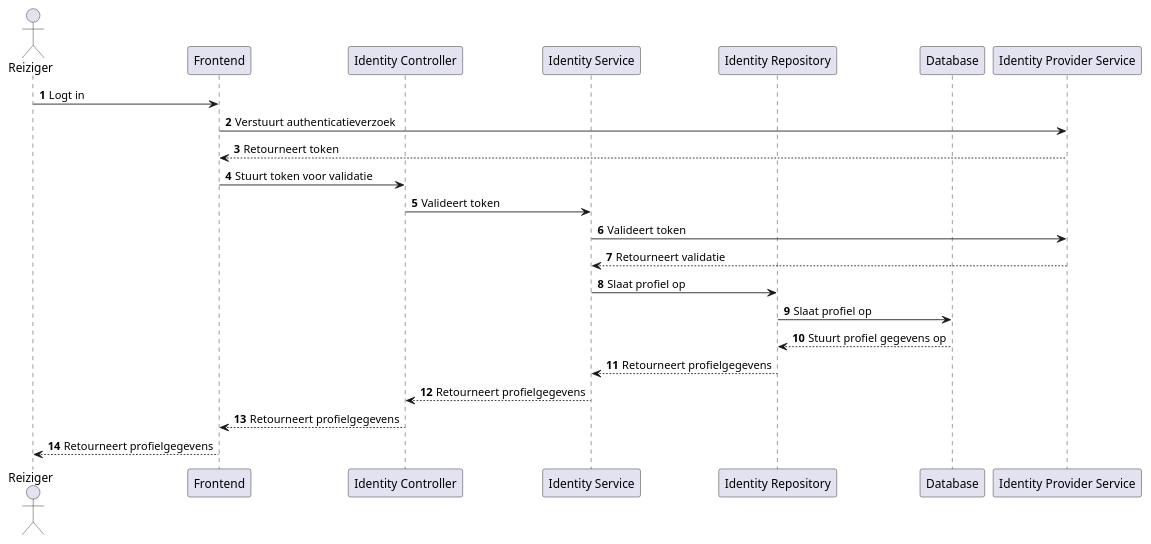
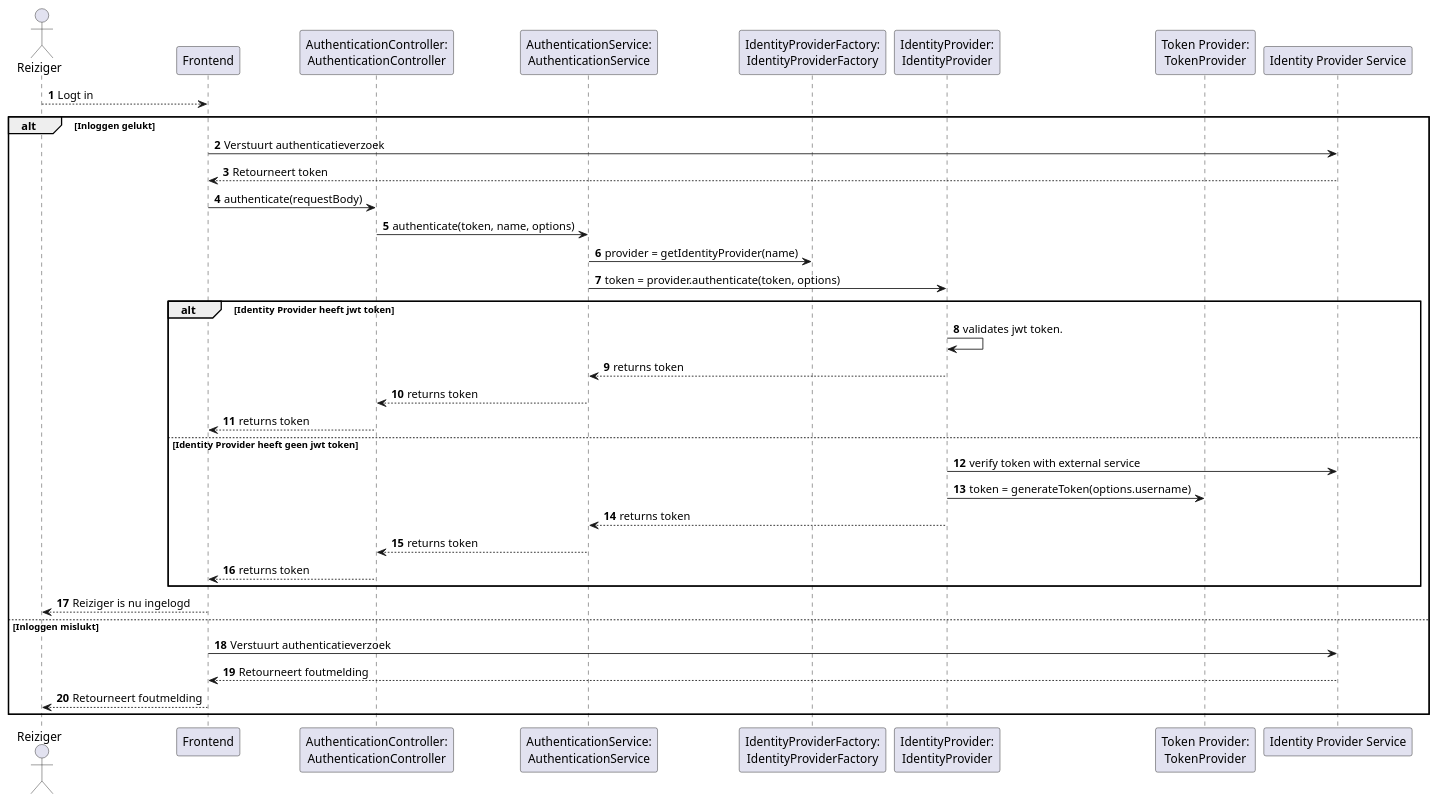
One commit to AIM-ENE-feb25/triptop-de-broederbond-fgs changed the diagram in groeps-uitwerkingen/week2/sequentie-diagrammen/sequentie-diagram-Gijs.puml. Above: the diagram before and after it, drawn with PlantUML. The commit also changed 1 other file, not shown here.

Commit message:
Diagrammen aangepast

```diff
--- a/groeps-uitwerkingen/week2/sequentie-diagrammen/sequentie-diagram-Gijs.puml
+++ b/groeps-uitwerkingen/week2/sequentie-diagrammen/sequentie-diagram-Gijs.puml
@@ -1,33 +1,56 @@
 @startuml
 
 autonumber
 
 actor Reiziger
 
 participant "Frontend" as frontend
-participant "Identity Controller" as identityController
-participant "Identity Service" as identityService
-participant "Identity Repository" as identityRepository
-participant "Database" as database
+
+participant "AuthenticationController:\nAuthenticationController" as AuthenticationController
+participant "AuthenticationService:\nAuthenticationService" as AuthenticationService
+participant "IdentityProviderFactory:\nIdentityProviderFactory" as IdentityProviderFactory
+participant "IdentityProvider:\nIdentityProvider" as IdentityProvider
+participant "Token Provider:\nTokenProvider" as tokenProvider
 participant "Identity Provider Service" as identityProviderService
 
-Reiziger -> frontend: Logt in
+Reiziger --> frontend : Logt in
+
+alt Inloggen gelukt
+
 frontend -> identityProviderService: Verstuurt authenticatieverzoek
 identityProviderService --> frontend: Retourneert token
 
-frontend -> identityController: Stuurt token voor validatie
-identityController -> identityService: Valideert token
+frontend -> AuthenticationController : authenticate(requestBody)
+AuthenticationController -> AuthenticationService : authenticate(token, name, options)
+AuthenticationService -> IdentityProviderFactory : provider = getIdentityProvider(name)
+AuthenticationService -> IdentityProvider : token = provider.authenticate(token, options)
 
-identityService -> identityProviderService: Valideert token
-identityProviderService --> identityService: Retourneert validatie
+alt Identity Provider heeft jwt token
 
-identityService -> identityRepository: Slaat profiel op
-identityRepository -> database: Slaat profiel op
-database --> identityRepository: Stuurt profiel gegevens op
-identityRepository --> identityService: Retourneert profielgegevens
+IdentityProvider -> IdentityProvider : validates jwt token.
+IdentityProvider --> AuthenticationService : returns token
+AuthenticationService --> AuthenticationController : returns token
+AuthenticationController --> frontend : returns token
 
-identityService --> identityController: Retourneert profielgegevens
-identityController --> frontend: Retourneert profielgegevens
-frontend --> Reiziger: Retourneert profielgegevens
+else Identity Provider heeft geen jwt token
+
+IdentityProvider -> identityProviderService : verify token with external service
+IdentityProvider -> tokenProvider : token = generateToken(options.username)
+IdentityProvider --> AuthenticationService : returns token
+AuthenticationService --> AuthenticationController : returns token
+AuthenticationController --> frontend : returns token
+
+end
+
+frontend --> Reiziger: Reiziger is nu ingelogd
+
+
+else Inloggen mislukt
+
+frontend -> identityProviderService: Verstuurt authenticatieverzoek
+identityProviderService --> frontend: Retourneert foutmelding
+frontend --> Reiziger: Retourneert foutmelding
+
+end
 
 @enduml
```
